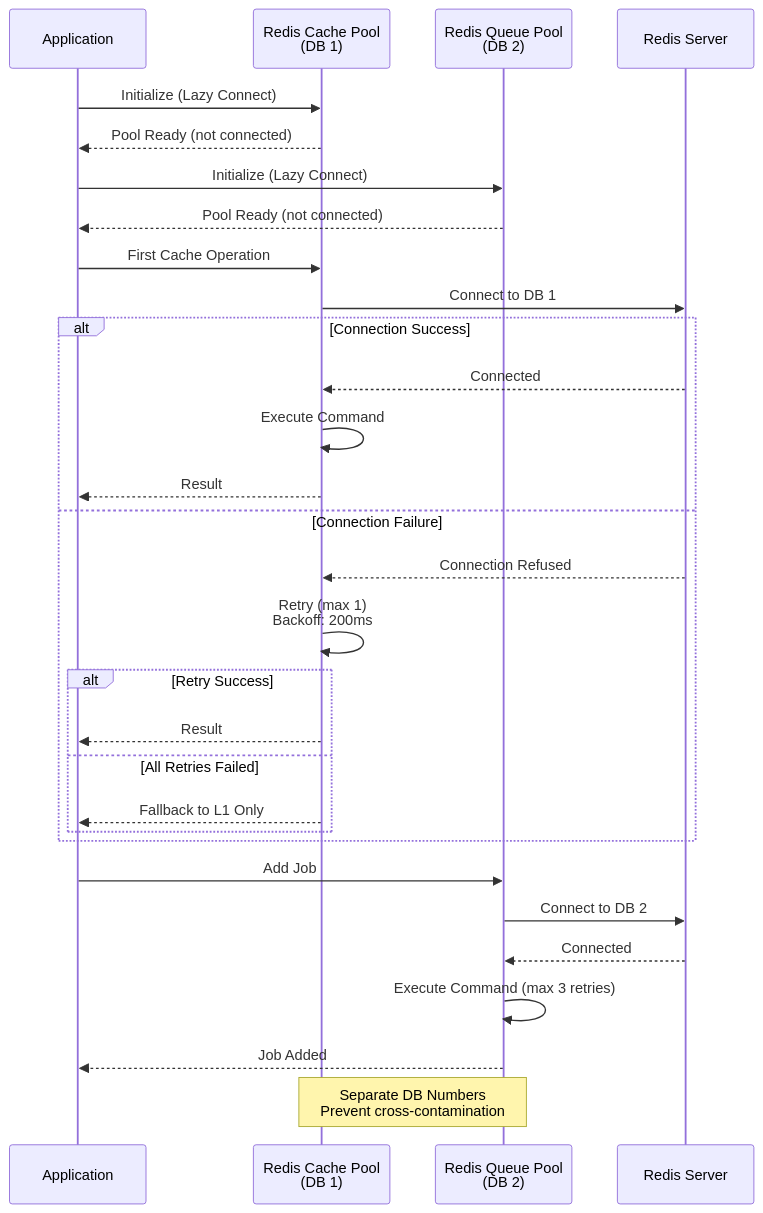
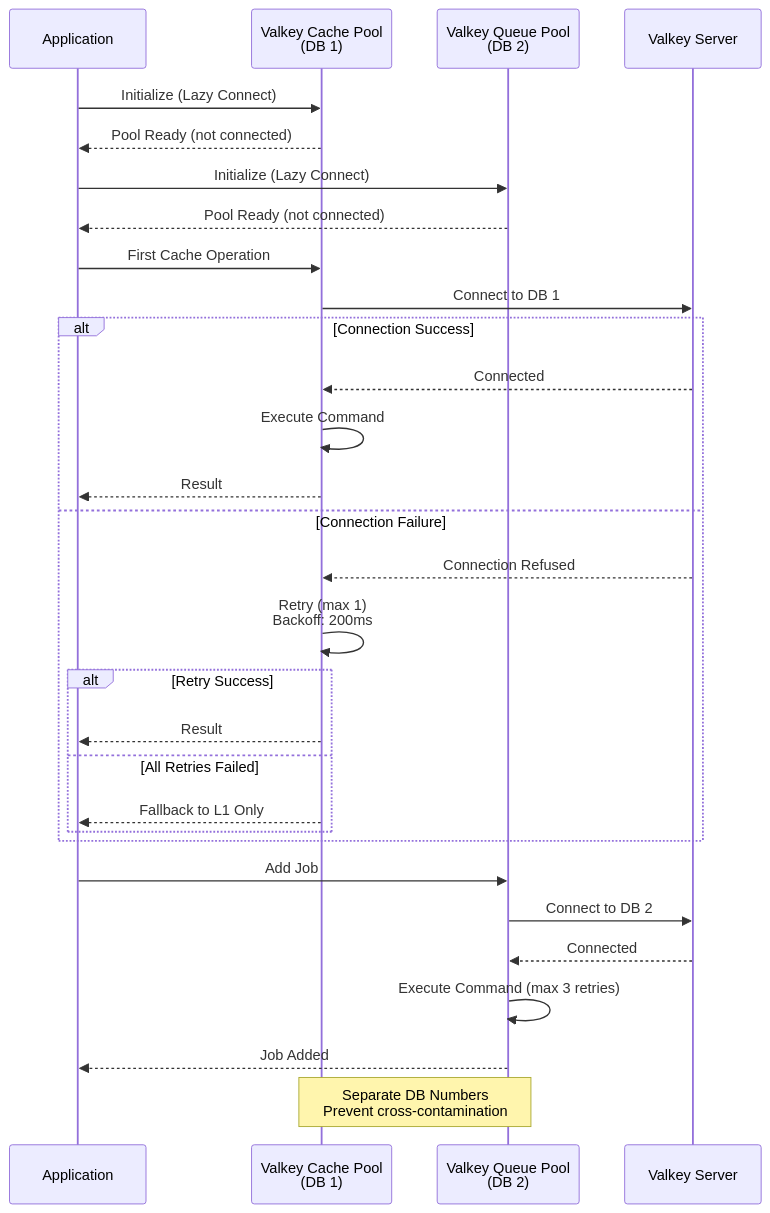
Diagram 32 of 54 in architecture/05-PERFORMANCE.md (telemetryflow/telemetryflow-overview), drawn with Mermaid before and after one commit. The commit also changed other lines of this file and 23 other files, not shown here.

First line of the commit message:
docs: relabel Redis->Valkey in architecture/diagrams/prose (follow-up sweep)

````diff
--- a/architecture/05-PERFORMANCE.md
+++ b/architecture/05-PERFORMANCE.md
@@ -1236,39 +1236,39 @@
 ```mermaid
 sequenceDiagram
     participant App as Application
-    participant Cache as Redis Cache Pool<br/>(DB 1)
-    participant Queue as Redis Queue Pool<br/>(DB 2)
-    participant Redis as Redis Server
+    participant Cache as Valkey Cache Pool<br/>(DB 1)
+    participant Queue as Valkey Queue Pool<br/>(DB 2)
+    participant Valkey as Valkey Server
 
     App->>Cache: Initialize (Lazy Connect)
     Cache-->>App: Pool Ready (not connected)
 
     App->>Queue: Initialize (Lazy Connect)
     Queue-->>App: Pool Ready (not connected)
 
     App->>Cache: First Cache Operation
-    Cache->>Redis: Connect to DB 1
+    Cache->>Valkey: Connect to DB 1
 
     alt Connection Success
-        Redis-->>Cache: Connected
+        Valkey-->>Cache: Connected
         Cache->>Cache: Execute Command
         Cache-->>App: Result
     else Connection Failure
-        Redis-->>Cache: Connection Refused
+        Valkey-->>Cache: Connection Refused
         Cache->>Cache: Retry (max 1)<br/>Backoff: 200ms
 
         alt Retry Success
             Cache-->>App: Result
         else All Retries Failed
             Cache-->>App: Fallback to L1 Only
         end
     end
 
     App->>Queue: Add Job
-    Queue->>Redis: Connect to DB 2
-    Redis-->>Queue: Connected
+    Queue->>Valkey: Connect to DB 2
+    Valkey-->>Queue: Connected
     Queue->>Queue: Execute Command (max 3 retries)
     Queue-->>App: Job Added
 
     Note over Cache,Queue: Separate DB Numbers<br/>Prevent cross-contamination
 ```
````
